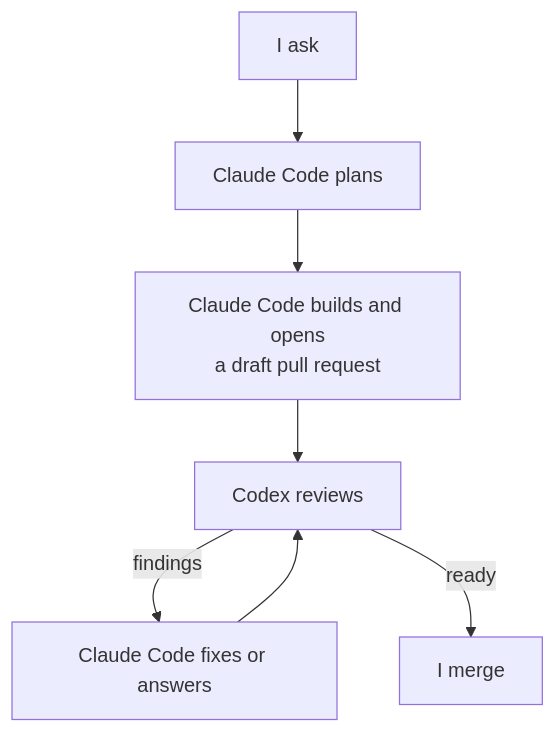
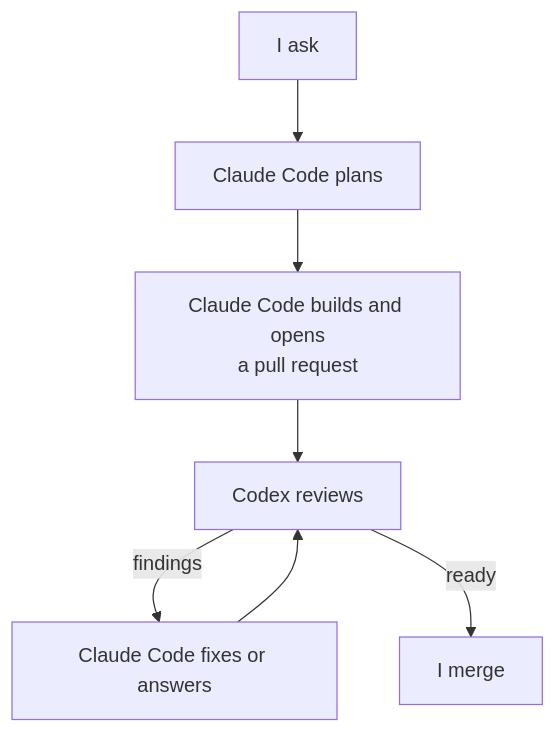
Before and after one commit to ericfurspan/mentat: the diagram in docs/how-it-works.md, drawn with Mermaid. The commit also changed other lines of this file and 7 other files, not shown here.

First line of the commit message:
feat: work without draft pull requests (#205)

````diff
--- a/docs/how-it-works.md
+++ b/docs/how-it-works.md
@@ -7,9 +7,9 @@
 ```mermaid
 flowchart TD
     A["I ask"] --> B["Claude Code plans"]
-    B --> C["Claude Code builds and opens<br/>a draft pull request"]
+    B --> C["Claude Code builds and opens<br/>a pull request"]
     C --> D["Codex reviews"]
     D -- findings --> E["Claude Code fixes or answers"]
     E --> D
     D -- ready --> F["I merge"]
 ```
````
